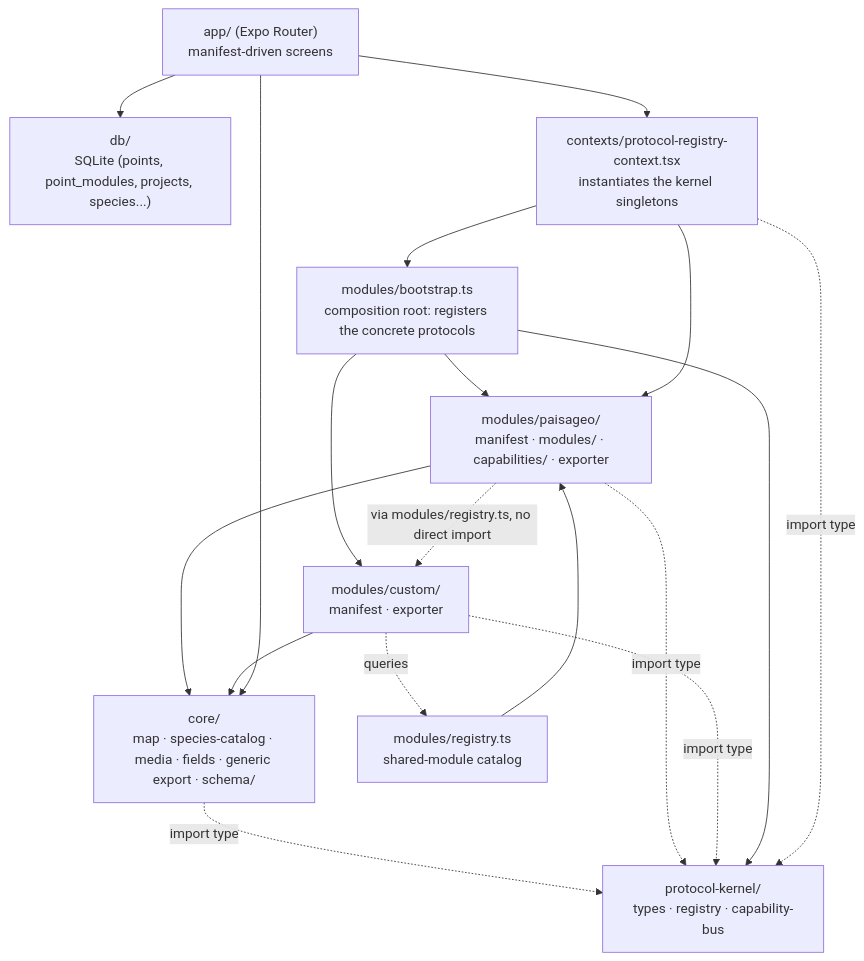
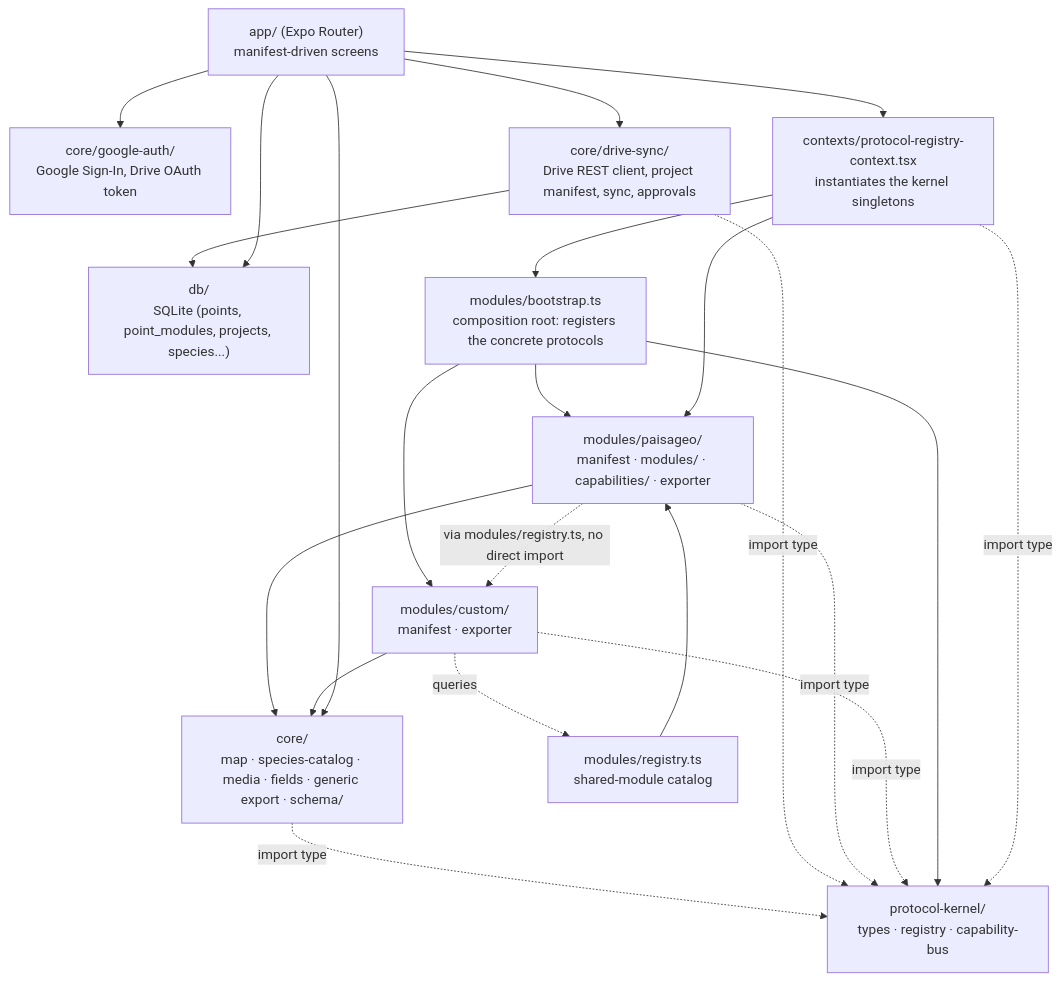
One commit to pablonvsx/nomos changed the diagram in docs/01_ARCHITECTURE.md. Above: the diagram before and after it, drawn with Mermaid. The commit also changed other lines of this file and 10 other files, not shown here.

Commit message:
feat: add collaboration features with Google Drive integration

````diff
--- a/docs/01_ARCHITECTURE.md
+++ b/docs/01_ARCHITECTURE.md
@@ -7,30 +7,36 @@
 ```mermaid
 graph TD
     DB["db/<br/>SQLite (points, point_modules, projects, species...)"]
     CORE["core/<br/>map · species-catalog · media · fields · generic export · schema/"]
+    GAUTH["core/google-auth/<br/>Google Sign-In, Drive OAuth token"]
+    DRIVESYNC["core/drive-sync/<br/>Drive REST client, project manifest, sync, approvals"]
     KERNEL["protocol-kernel/<br/>types · registry · capability-bus"]
     BOOTSTRAP["modules/bootstrap.ts<br/>composition root: registers the concrete protocols"]
     PAISAGEO["modules/paisageo/<br/>manifest · modules/ · capabilities/ · exporter"]
     CUSTOM["modules/custom/<br/>manifest · exporter"]
     REGISTRY["modules/registry.ts<br/>shared-module catalog"]
     APP["app/ (Expo Router)<br/>manifest-driven screens"]
     CTX["contexts/protocol-registry-context.tsx<br/>instantiates the kernel singletons"]
 
     CORE -. "import type" .-> KERNEL
+    DRIVESYNC -. "import type" .-> KERNEL
+    DRIVESYNC --> DB
+    APP --> GAUTH
+    APP --> DRIVESYNC
     PAISAGEO --> CORE
     CUSTOM --> CORE
     PAISAGEO -. "import type" .-> KERNEL
     CUSTOM -. "import type" .-> KERNEL
     BOOTSTRAP --> KERNEL
     BOOTSTRAP --> PAISAGEO
     BOOTSTRAP --> CUSTOM
     PAISAGEO -. "via modules/registry.ts, no direct import" .-> CUSTOM
     REGISTRY --> PAISAGEO
     CUSTOM -. "queries" .-> REGISTRY
     CTX --> BOOTSTRAP
     CTX -. "import type" .-> KERNEL
     CTX --> PAISAGEO
     APP --> CTX
     APP --> DB
     APP --> CORE
 ```
````
